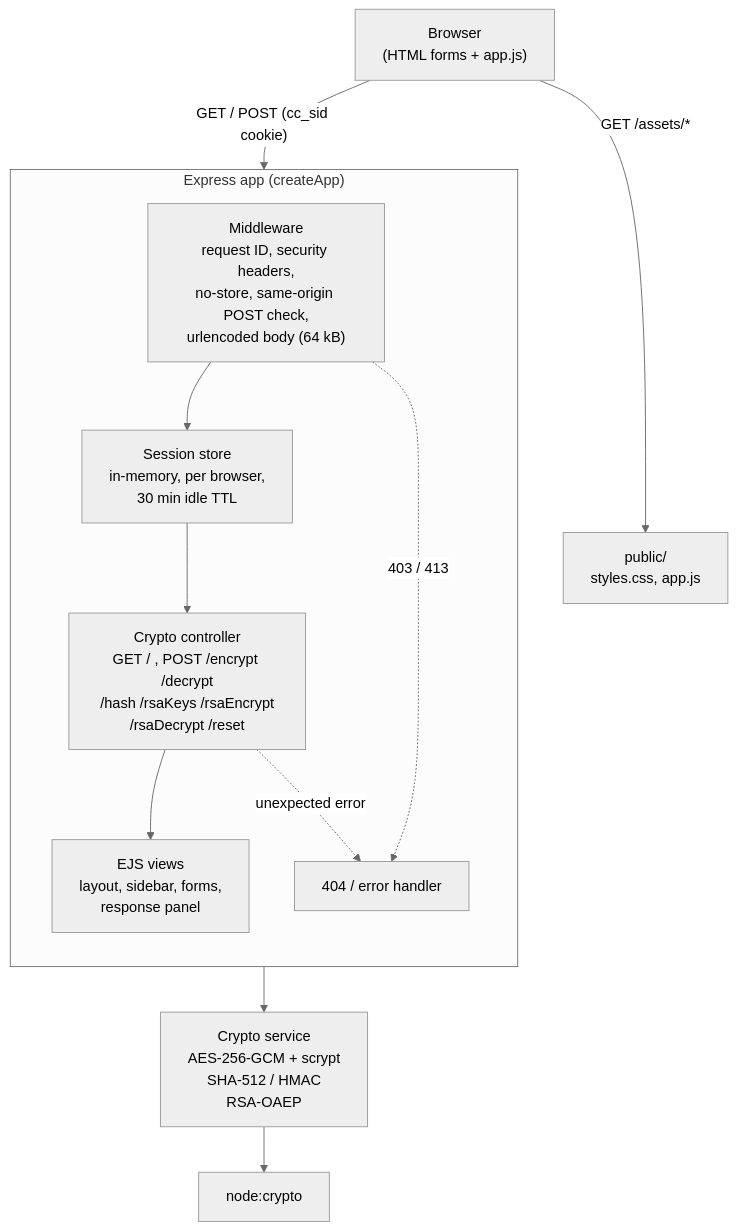
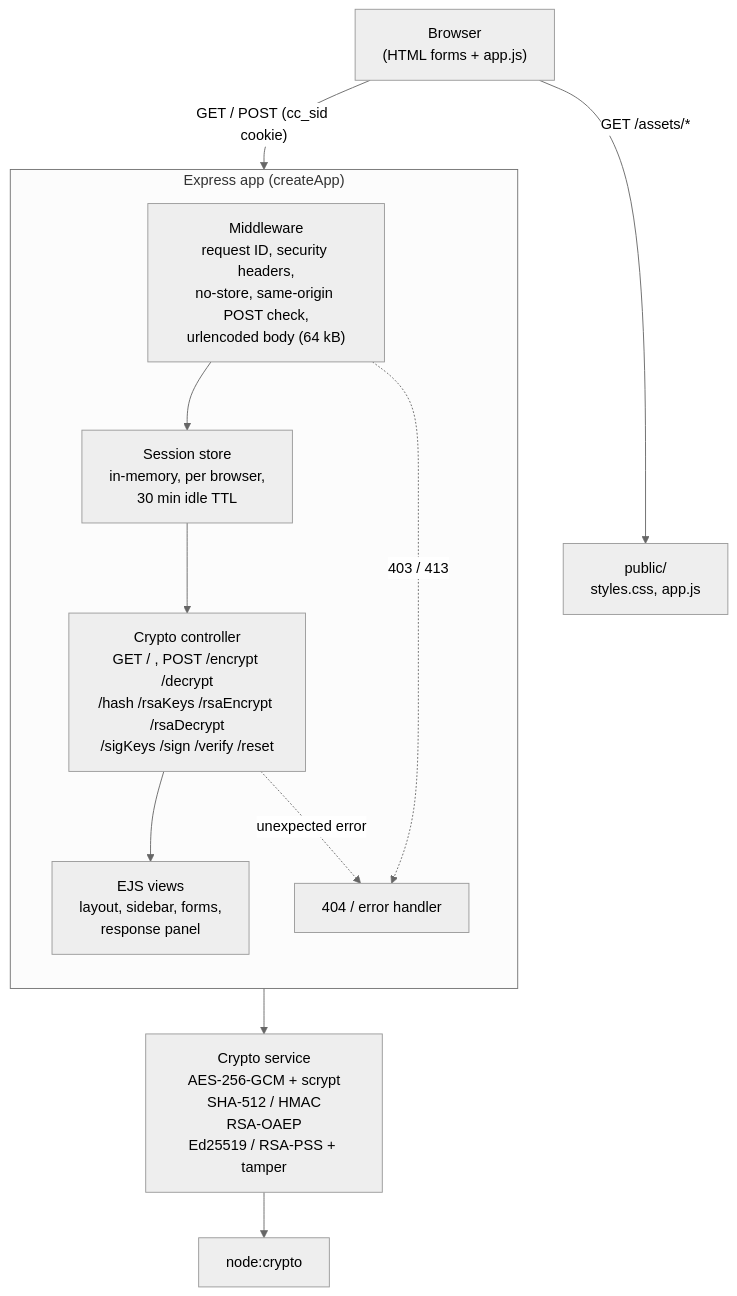
The first of 2 diagrams in README.md (ajyounguk/crypto-client), drawn with Mermaid (neutral theme) before and after one commit. The commit also changed other lines of this file and 15 other files, not shown here.

````diff
--- a/README.md
+++ b/README.md
@@ -108,25 +115,25 @@
 ```mermaid
 flowchart TB
     Browser["Browser<br/>(HTML forms + app.js)"]
 
     subgraph App["Express app (createApp)"]
         direction TB
         MW["Middleware<br/>request ID, security headers,<br/>no-store, same-origin POST check,<br/>urlencoded body (64 kB)"]
         Sessions["Session store<br/>in-memory, per browser,<br/>30 min idle TTL"]
-        Ctrl["Crypto controller<br/>GET / , POST /encrypt /decrypt<br/>/hash /rsaKeys /rsaEncrypt<br/>/rsaDecrypt /reset"]
+        Ctrl["Crypto controller<br/>GET / , POST /encrypt /decrypt<br/>/hash /rsaKeys /rsaEncrypt /rsaDecrypt<br/>/sigKeys /sign /verify /reset"]
         Views["EJS views<br/>layout, sidebar, forms,<br/>response panel"]
         Err["404 / error handler"]
     end
 
-    Svc["Crypto service<br/>AES-256-GCM + scrypt<br/>SHA-512 / HMAC<br/>RSA-OAEP"]
+    Svc["Crypto service<br/>AES-256-GCM + scrypt<br/>SHA-512 / HMAC<br/>RSA-OAEP<br/>Ed25519 / RSA-PSS + tamper"]
     Node["node:crypto"]
     Static["public/<br/>styles.css, app.js"]
 
     Browser -- "GET /assets/*" --> Static
     Browser -- "GET / POST (cc_sid cookie)" --> MW
     MW --> Sessions --> Ctrl
     Ctrl --> Svc --> Node
     Ctrl --> Views
     MW -. "403 / 413" .-> Err
     Ctrl -. "unexpected error" .-> Err
 ```
````
